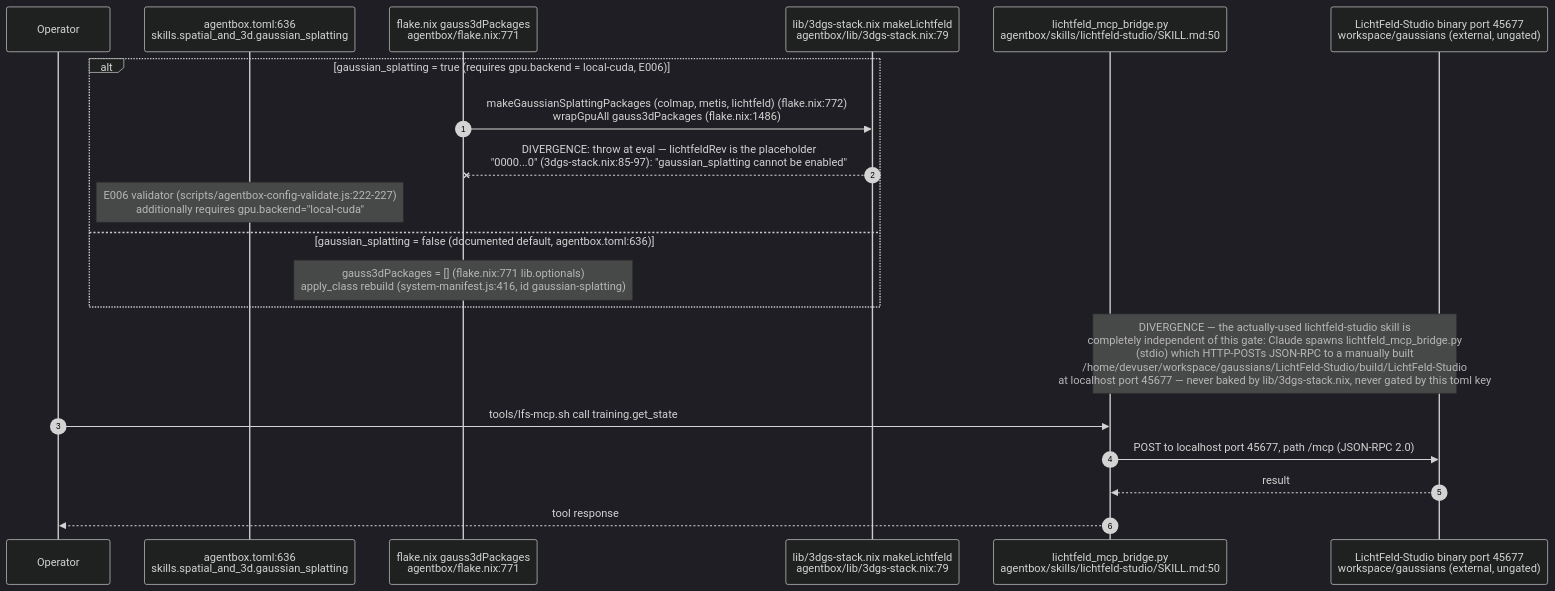
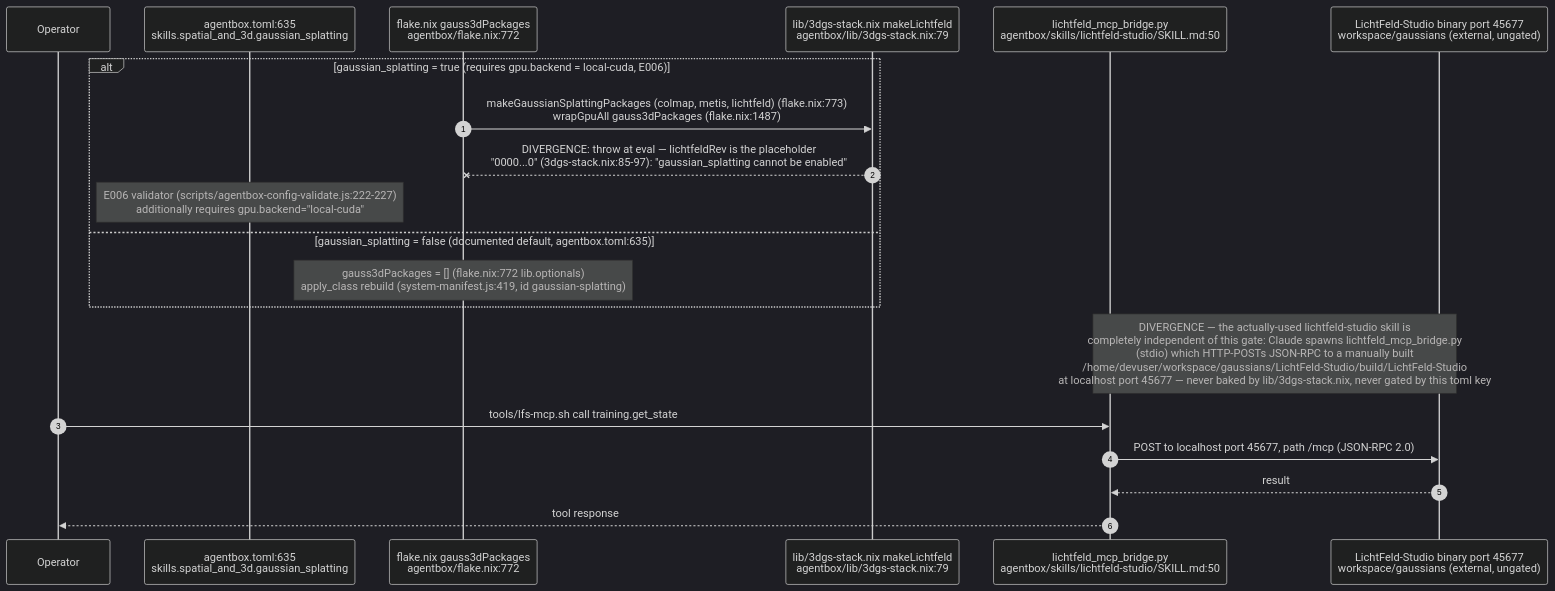
The ninth of 14 diagrams in docs/diagrams/agentbox/27-media-gpu-capability-services.md (DreamLab-AI/VisionFlow), drawn with Mermaid (dark theme) before and after one commit. The commit also changed other lines of this file and 173 other files, not shown here.

````diff
--- a/docs/diagrams/agentbox/27-media-gpu-capability-services.md
+++ b/docs/diagrams/agentbox/27-media-gpu-capability-services.md
@@ -300,23 +302,23 @@
 ```mermaid
 sequenceDiagram
     autonumber
     participant Op as Operator
-    participant Toml as agentbox.toml:636<br/>skills.spatial_and_3d.gaussian_splatting
-    participant Flake as flake.nix gauss3dPackages<br/>agentbox/flake.nix:771
+    participant Toml as agentbox.toml:635<br/>skills.spatial_and_3d.gaussian_splatting
+    participant Flake as flake.nix gauss3dPackages<br/>agentbox/flake.nix:772
     participant Nix3dgs as lib/3dgs-stack.nix makeLichtfeld<br/>agentbox/lib/3dgs-stack.nix:79
     participant Bridge as lichtfeld_mcp_bridge.py<br/>agentbox/skills/lichtfeld-studio/SKILL.md:50
     participant LFS as LichtFeld-Studio binary port 45677<br/>workspace/gaussians (external, ungated)
 
     alt gaussian_splatting = true (requires gpu.backend = local-cuda, E006)
-        Flake->>Nix3dgs: makeGaussianSplattingPackages (colmap, metis, lichtfeld) (flake.nix:772)<br/>wrapGpuAll gauss3dPackages (flake.nix:1486)
+        Flake->>Nix3dgs: makeGaussianSplattingPackages (colmap, metis, lichtfeld) (flake.nix:773)<br/>wrapGpuAll gauss3dPackages (flake.nix:1487)
         Nix3dgs--xFlake: DIVERGENCE: throw at eval — lichtfeldRev is the placeholder<br/>"0000...0" (3dgs-stack.nix:85-97): "gaussian_splatting cannot be enabled"
         Note over Toml: E006 validator (scripts/agentbox-config-validate.js:222-227)<br/>additionally requires gpu.backend="local-cuda"
-    else gaussian_splatting = false (documented default, agentbox.toml:636)
-        Note over Flake: gauss3dPackages = [] (flake.nix:771 lib.optionals)<br/>apply_class rebuild (system-manifest.js:416, id gaussian-splatting)
+    else gaussian_splatting = false (documented default, agentbox.toml:635)
+        Note over Flake: gauss3dPackages = [] (flake.nix:772 lib.optionals)<br/>apply_class rebuild (system-manifest.js:419, id gaussian-splatting)
     end
     Note over Bridge,LFS: DIVERGENCE — the actually-used lichtfeld-studio skill is<br/>completely independent of this gate: Claude spawns lichtfeld_mcp_bridge.py<br/>(stdio) which HTTP-POSTs JSON-RPC to a manually built<br/>/home/devuser/workspace/gaussians/LichtFeld-Studio/build/LichtFeld-Studio<br/>at localhost port 45677 — never baked by lib/3dgs-stack.nix, never gated by this toml key
     Op->>Bridge: tools/lfs-mcp.sh call training.get_state
     Bridge->>LFS: POST to localhost port 45677, path /mcp (JSON-RPC 2.0)
     LFS-->>Bridge: result
     Bridge-->>Op: tool response
 ```
````
